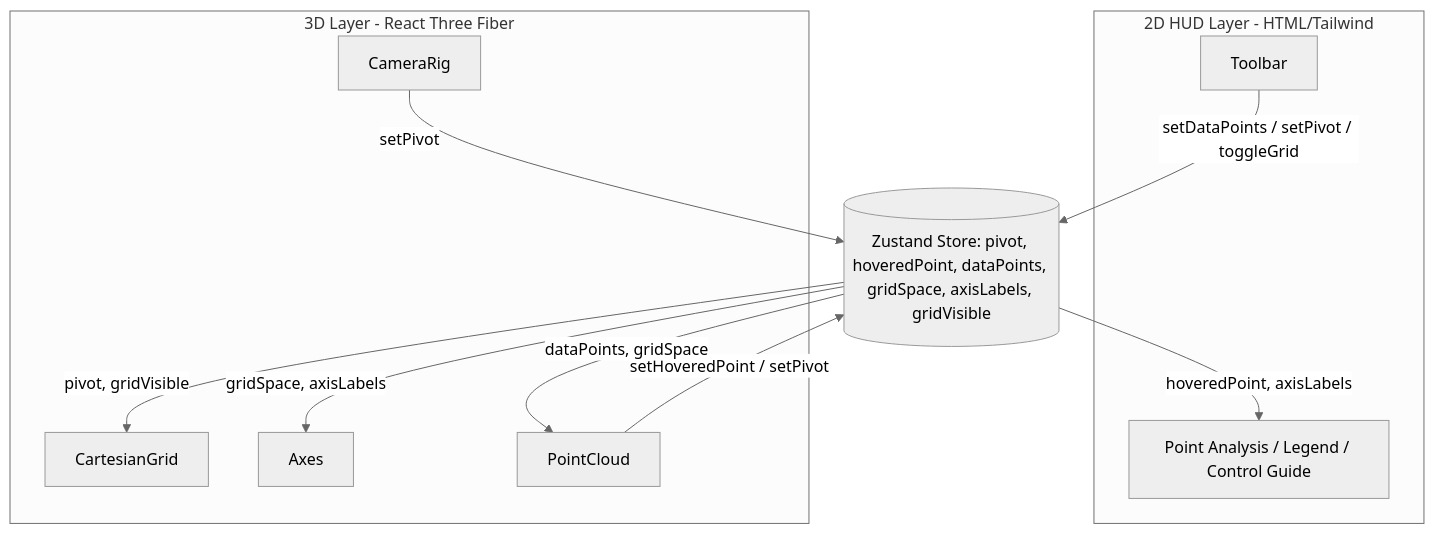
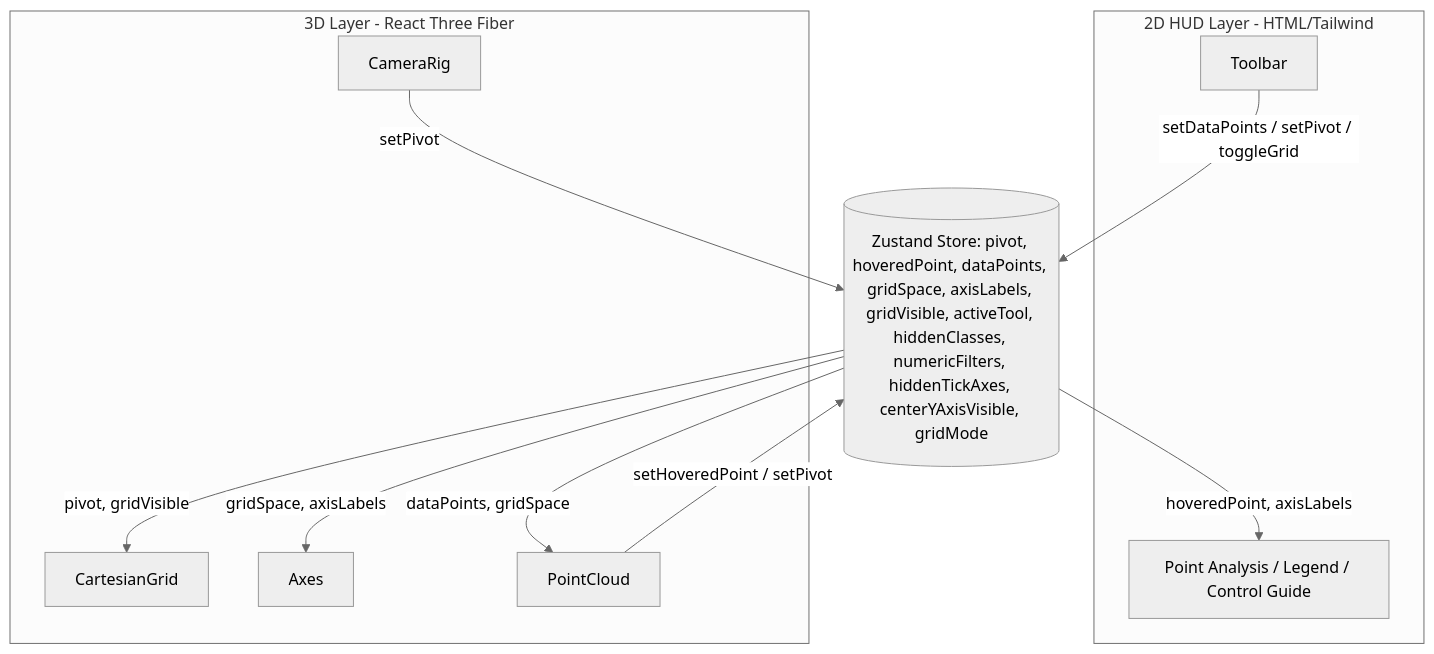
One commit to cwheelus/orinoco changed the third of 3 diagrams in README.md. Above: the diagram before and after it, drawn with Mermaid (neutral theme). The commit also changed other lines of this file, not shown here.

Commit message:
docs: update README for grid modes, data filters, pan tool, and instanced rendering; flag stale screenshots

````diff
--- a/README.md
+++ b/README.md
@@ -199,22 +224,22 @@
 ```mermaid
 flowchart TB
     subgraph UI["2D HUD Layer - HTML/Tailwind"]
         Toolbar
         HUD["Point Analysis / Legend / Control Guide"]
     end
     subgraph R3F["3D Layer - React Three Fiber"]
         CartesianGrid
         Axes
         PointCloud
         CameraRig
     end
-    Store[("Zustand Store: pivot, hoveredPoint, dataPoints, gridSpace, axisLabels, gridVisible")]
+    Store[("Zustand Store: pivot, hoveredPoint, dataPoints, gridSpace, axisLabels, gridVisible, activeTool, hiddenClasses, numericFilters, hiddenTickAxes, centerYAxisVisible, gridMode")]
 
     Toolbar -- "setDataPoints / setPivot / toggleGrid" --> Store
     PointCloud -- "setHoveredPoint / setPivot" --> Store
     CameraRig -- "setPivot" --> Store
     Store -- "dataPoints, gridSpace" --> PointCloud
     Store -- "gridSpace, axisLabels" --> Axes
     Store -- "pivot, gridVisible" --> CartesianGrid
     Store -- "hoveredPoint, axisLabels" --> HUD
 ```
````
